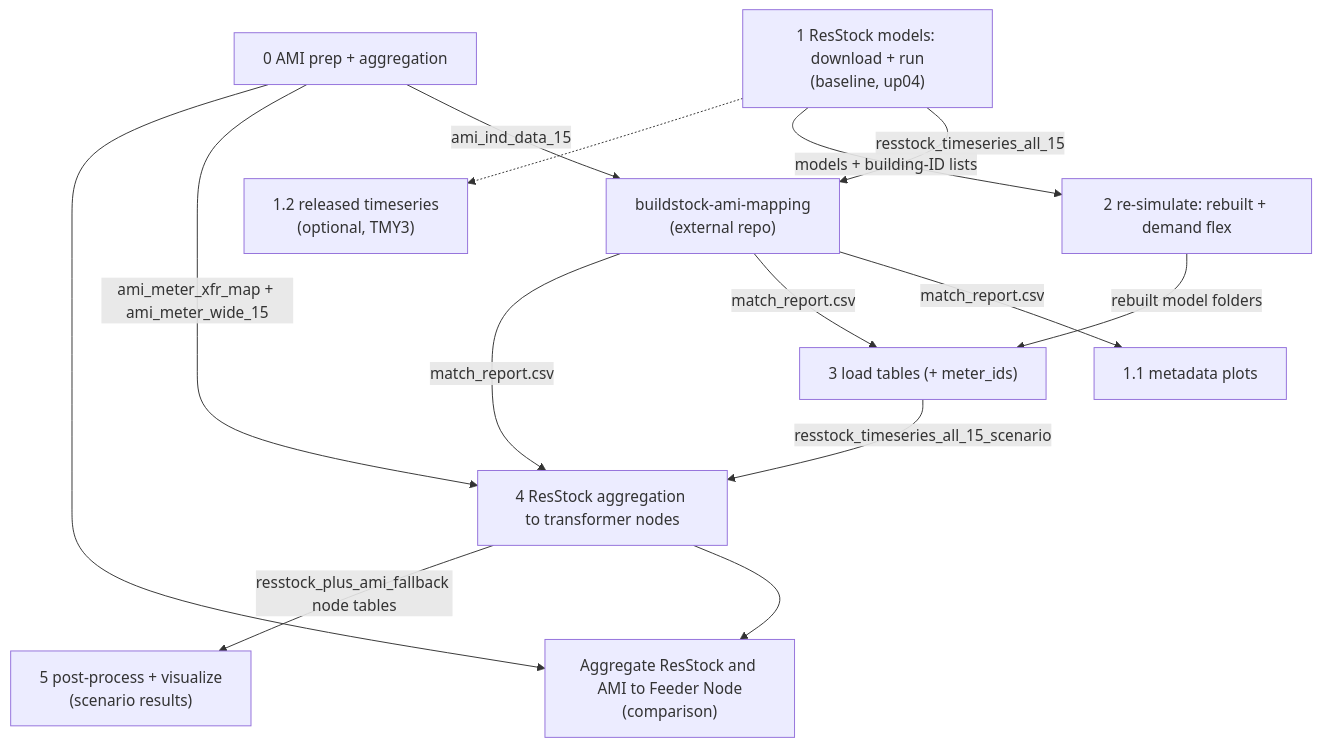
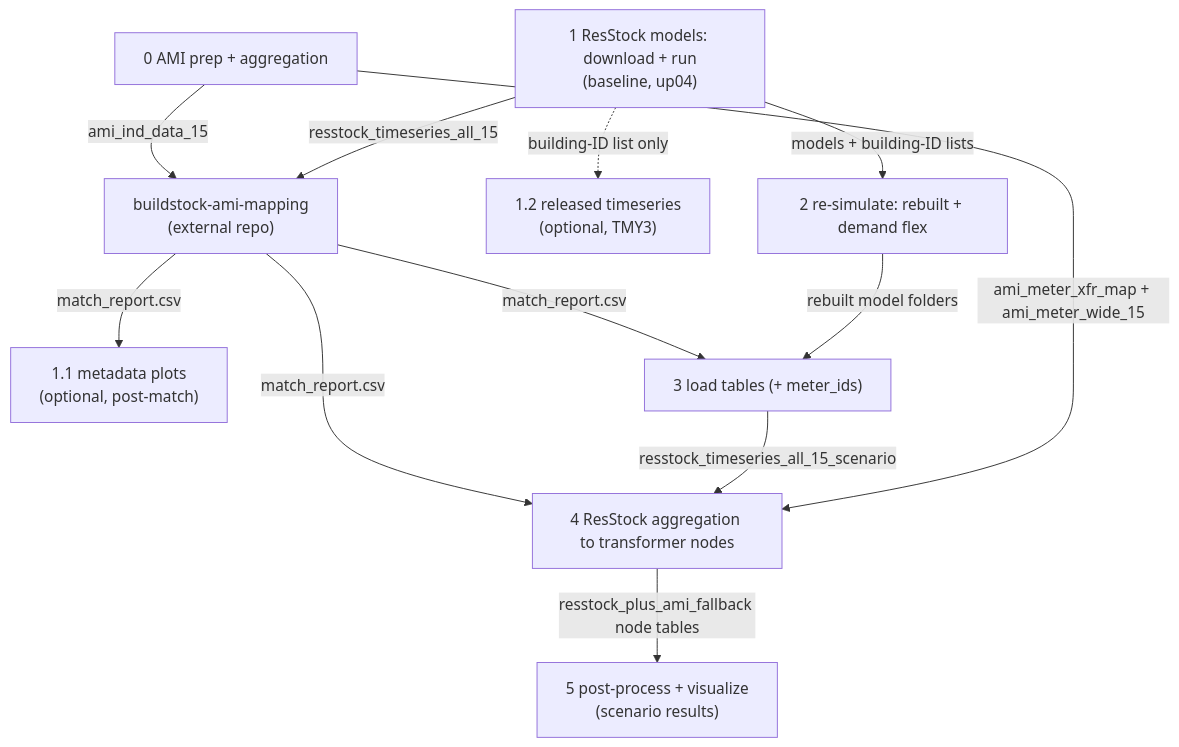
Before and after one commit to JieXiong9119/grid_edge_ithaca: the diagram in docs/pipeline_summary.md, drawn with Mermaid. The commit also changed other lines of this file and 1439 other files, not shown here.

````diff
--- a/docs/pipeline_summary.md
+++ b/docs/pipeline_summary.md
@@ -50,27 +52,24 @@
 ```mermaid
 flowchart TD
     N0["0 AMI prep + aggregation"]
     N1["1 ResStock models: download + run<br/>(baseline, up04)"]
     M["buildstock-ami-mapping<br/>(external repo)"]
-    N11["1.1 metadata plots"]
+    N11["1.1 metadata plots<br/>(optional, post-match)"]
     N12["1.2 released timeseries<br/>(optional, TMY3)"]
     N2["2 re-simulate: rebuilt + demand flex"]
     N3["3 load tables (+ meter_ids)"]
     N4["4 ResStock aggregation to transformer nodes"]
-    NC["Aggregate ResStock and AMI to Feeder Node<br/>(comparison)"]
     N5["5 post-process + visualize<br/>(scenario results)"]
 
     N0 -->|ami_ind_data_15| M
     N1 -->|resstock_timeseries_all_15| M
     M -->|match_report.csv| N11
     M -->|match_report.csv| N3
     M -->|match_report.csv| N4
     N1 -->|models + building-ID lists| N2
-    N1 -.-> N12
+    N1 -.->|building-ID list only| N12
     N2 -->|rebuilt model folders| N3
     N3 -->|resstock_timeseries_all_15_scenario| N4
     N0 -->|ami_meter_xfr_map + ami_meter_wide_15| N4
-    N0 --> NC
-    N4 --> NC
     N4 -->|resstock_plus_ami_fallback node tables| N5
 ```
````
